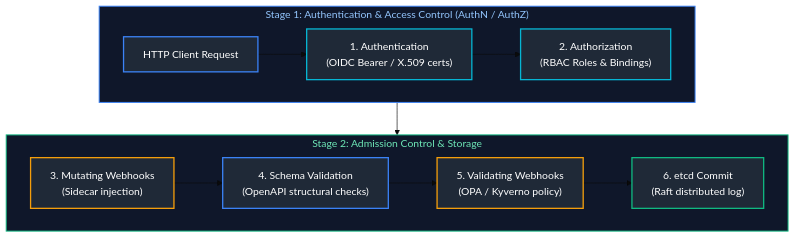
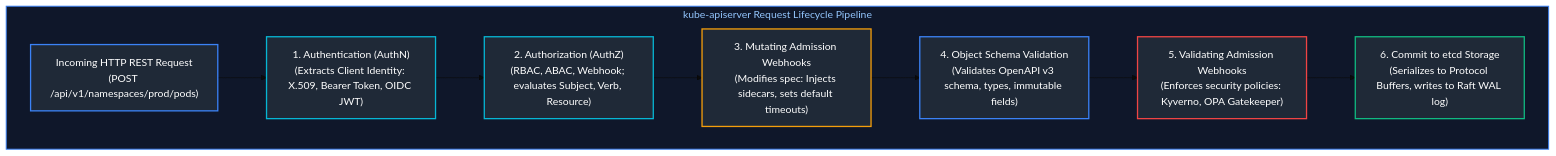
Before and after one commit to joydeep-biswas/Interview-Preparation: the third of 10 diagrams in Cloud Engineering/08_containers_kubernetes_and_gitops.md, drawn with Mermaid (base theme). The commit also changed other lines of this file and 143 other files, not shown here.

````diff
--- a/Cloud Engineering/08_containers_kubernetes_and_gitops.md
+++ b/Cloud Engineering/08_containers_kubernetes_and_gitops.md
@@ -103,24 +206,21 @@
 ```mermaid
 flowchart TD
-    subgraph Stage1 ["Stage 1: Authentication & Access Control (AuthN / AuthZ)"]
-        direction LR
-        Req["HTTP Client Request"] --> AuthN["1. Authentication<br/>(OIDC Bearer / X.509 certs)"] --> AuthZ["2. Authorization<br/>(RBAC Roles & Bindings)"]
+    subgraph Pipeline ["kube-apiserver Request Lifecycle Pipeline"]
+        Req["Incoming HTTP REST Request<br/>(POST /api/v1/namespaces/prod/pods)"]
+        --> AuthN["1. Authentication (AuthN)<br/>(Extracts Client Identity: X.509, Bearer Token, OIDC JWT)"]
+        --> AuthZ["2. Authorization (AuthZ)<br/>(RBAC, ABAC, Webhook; evaluates Subject, Verb, Resource)"]
+        --> Mutating["3. Mutating Admission Webhooks<br/>(Modifies spec: Injects sidecars, sets default timeouts)"]
+        --> SchemaVal["4. Object Schema Validation<br/>(Validates OpenAPI v3 schema, types, immutable fields)"]
+        --> Validating["5. Validating Admission Webhooks<br/>(Enforces security policies: Kyverno, OPA Gatekeeper)"]
+        --> etcdCommit["6. Commit to etcd Storage<br/>(Serializes to Protocol Buffers, writes to Raft WAL log)"]
     end
 
-    subgraph Stage2 ["Stage 2: Admission Control & Storage"]
-        direction LR
-        MutWebhook["3. Mutating Webhooks<br/>(Sidecar injection)"] --> SchemaVal["4. Schema Validation<br/>(OpenAPI structural checks)"] --> ValWebhook["5. Validating Webhooks<br/>(OPA / Kyverno policy)"] --> ETCD["6. etcd Commit<br/>(Raft distributed log)"]
-    end
-
-    Stage1 --> Stage2
-
-    style Stage1 fill:#0f172a,stroke:#3b82f6,stroke-width:1.5px,color:#93c5fd
-    style Stage2 fill:#0f172a,stroke:#10b981,stroke-width:1.5px,color:#6ee7b7
+    style Pipeline fill:#0f172a,stroke:#3b82f6,stroke-width:1.5px,color:#93c5fd
     style Req fill:#1f2937,stroke:#3b82f6,stroke-width:2px,color:#fff
     style AuthN fill:#1f2937,stroke:#06b6d4,stroke-width:2px,color:#fff
     style AuthZ fill:#1f2937,stroke:#06b6d4,stroke-width:2px,color:#fff
-    style MutWebhook fill:#1f2937,stroke:#f59e0b,stroke-width:2px,color:#fff
+    style Mutating fill:#1f2937,stroke:#f59e0b,stroke-width:2px,color:#fff
     style SchemaVal fill:#1f2937,stroke:#3b82f6,stroke-width:2px,color:#fff
-    style ValWebhook fill:#1f2937,stroke:#f59e0b,stroke-width:2px,color:#fff
-    style ETCD fill:#1f2937,stroke:#10b981,stroke-width:2px,color:#fff
+    style Validating fill:#1f2937,stroke:#ef4444,stroke-width:2px,color:#fff
+    style etcdCommit fill:#1f2937,stroke:#10b981,stroke-width:2px,color:#fff
 ```
````
